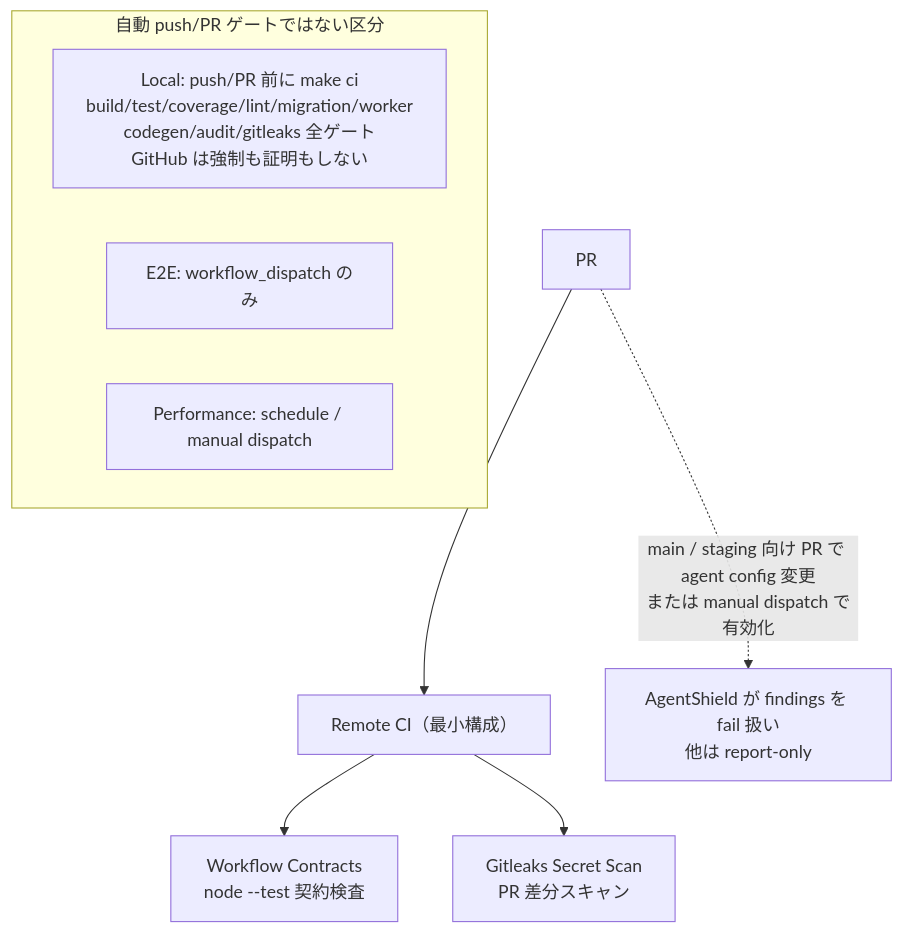
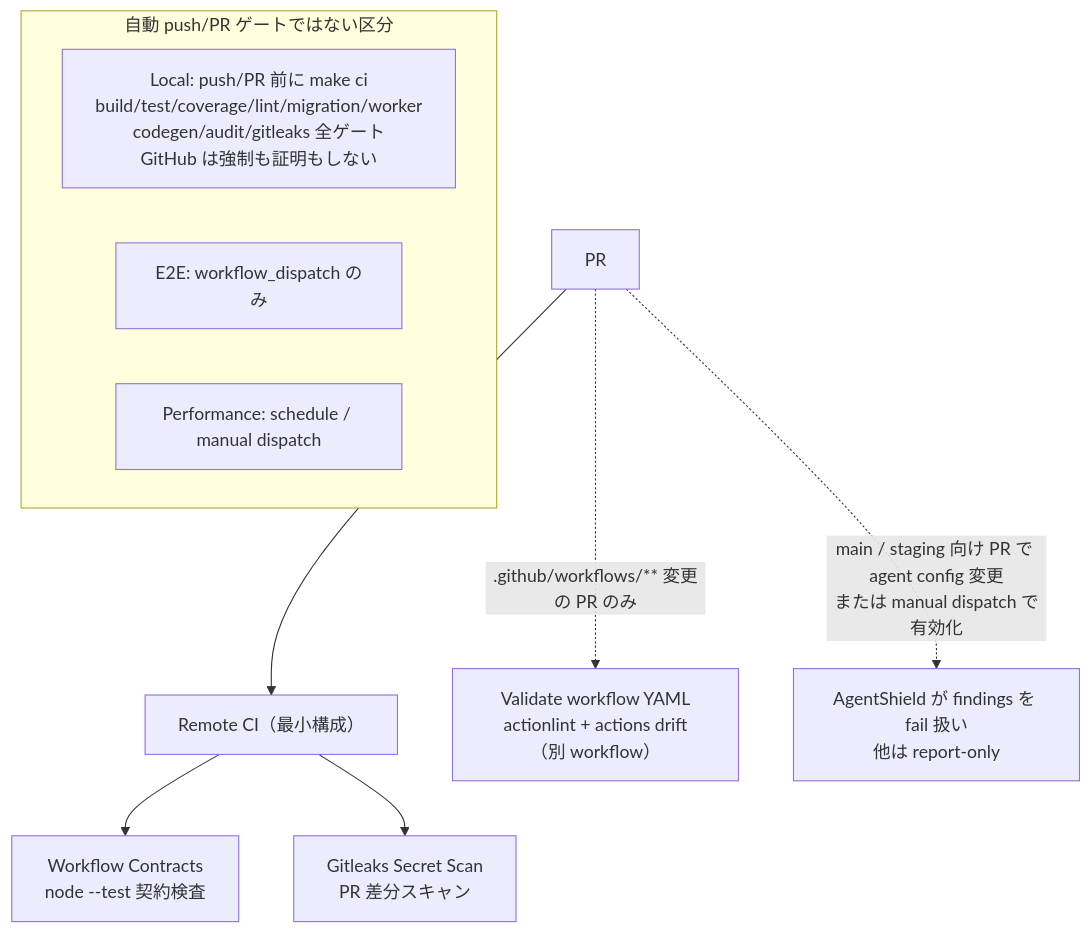
One commit to MinoruSoga/AnimalEkarte changed the diagram in docs/ops/ci-policy.md. Above: the diagram before and after it, drawn with Mermaid. The commit also changed other lines of this file and 52 other files, not shown here.

````diff
--- a/docs/ops/ci-policy.md
+++ b/docs/ops/ci-policy.md
@@ -17,12 +17,13 @@
 ```mermaid
 flowchart TB
     Push["PR"] --> Remote["Remote CI（最小構成）"]
     Remote --> WC["Workflow Contracts<br/>node --test 契約検査"]
     Remote --> GL["Gitleaks Secret Scan<br/>PR 差分スキャン"]
+    Push -.->|".github/workflows/** 変更の PR のみ"| AL["Validate workflow YAML<br/>actionlint + actions drift（別 workflow）"]
     Push -.->|"main / staging 向け PR で agent config 変更<br/>または manual dispatch で有効化"| AS["AgentShield が findings を fail 扱い<br/>他は report-only"]
     subgraph NonAuto["自動 push/PR ゲートではない区分"]
         L["Local: push/PR 前に make ci<br/>build/test/coverage/lint/migration/worker<br/>codegen/audit/gitleaks 全ゲート<br/>GitHub は強制も証明もしない"]
         E["E2E: workflow_dispatch のみ"]
         Perf["Performance: schedule / manual dispatch"]
     end
 ```
````
